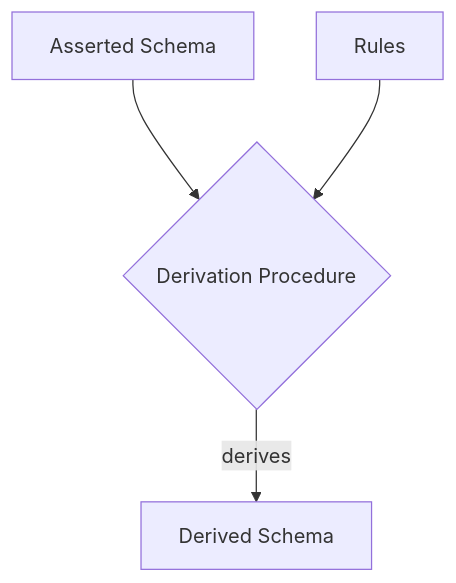
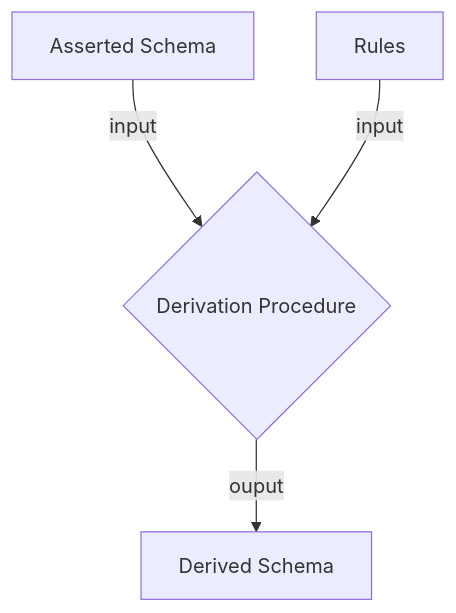
The diagram in specification/04derived-schemas.md (linkml/linkml-model), drawn with Mermaid before and after one commit. The commit also changed other lines of this file and 347 other files, not shown here.

````diff
--- a/specification/04derived-schemas.md
+++ b/specification/04derived-schemas.md
@@ -8,6 +9,6 @@
 ```mermaid
 flowchart TD
-    M[Asserted Schema] --> Derivation{Derivation Procedure}
-    Derivation -->|derives| Mstar[Derived Schema]
-    R[Rules] --> Derivation
+    M[Asserted Schema] -->|input| Derivation{Derivation Procedure}
+    Derivation -->|ouput| Mstar[Derived Schema]
+    R[Rules] -->|input| Derivation
 ```
````
